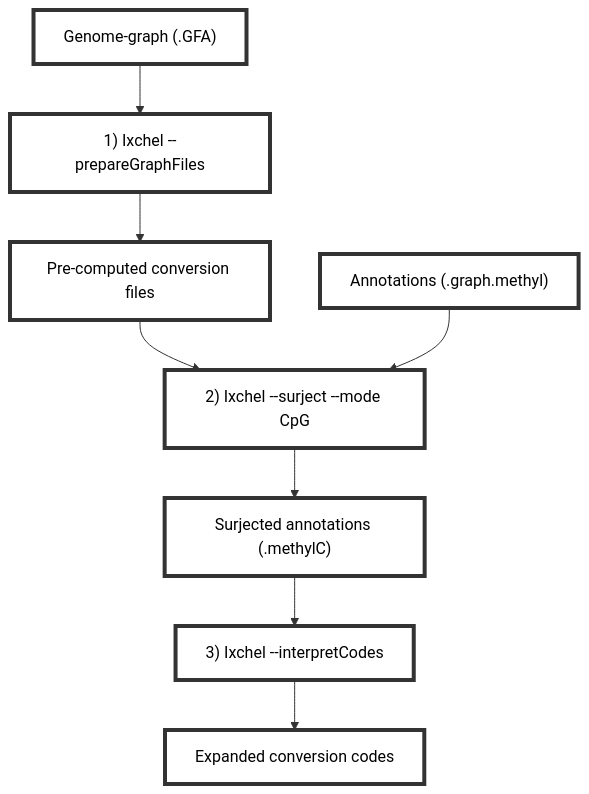
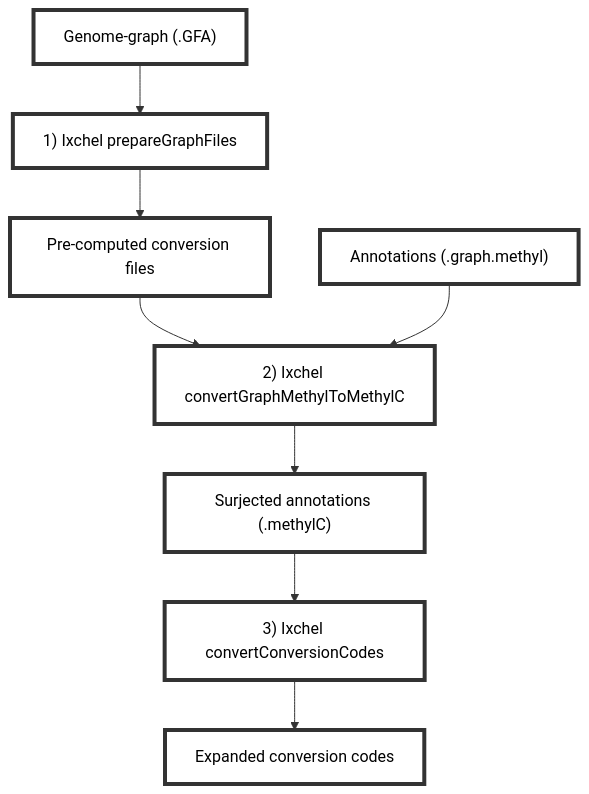
Before and after one commit to Hendricks27/methylGrapher_paper: the diagram in Ixchel/README.md, drawn with Mermaid. The commit also changed other lines of this file and 354 other files, not shown here.

````diff
--- a/Ixchel/README.md
+++ b/Ixchel/README.md
@@ -6,12 +8,12 @@
 ```mermaid
 flowchart TB
-    Genomegraph["Genome-graph (.GFA)"] --> IxchelPrep["1) Ixchel --prepareGraphFiles"]
+    Genomegraph["Genome-graph (.GFA)"] --> IxchelPrep["1) Ixchel prepareGraphFiles"]
     IxchelPrep --> GraphFiles["Pre-computed conversion files"]
-    GraphFiles --> IxchelSurject["2) Ixchel --surject --mode CpG"]
+    GraphFiles --> IxchelSurject["2) Ixchel convertGraphMethylToMethylC"]
     Annotations["Annotations (.graph.methyl)"] --> IxchelSurject
     IxchelSurject --> SurjectedAnnotations["Surjected annotations (.methylC)"]
-    SurjectedAnnotations --> IxchelInterpretCodes["3) Ixchel --interpretCodes"]
+    SurjectedAnnotations --> IxchelInterpretCodes["3) Ixchel convertConversionCodes"]
     IxchelInterpretCodes --> ExpandedCodes["Expanded conversion codes"]
     
     classDef default fill:#fff,stroke:#333,stroke-width:4px,color:black;
 ```
````
